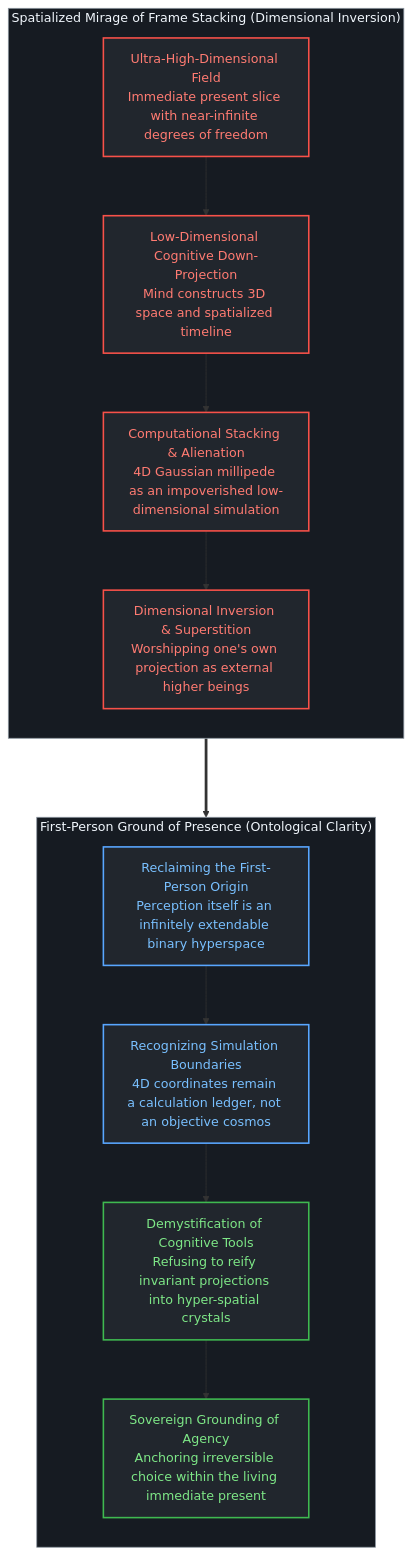
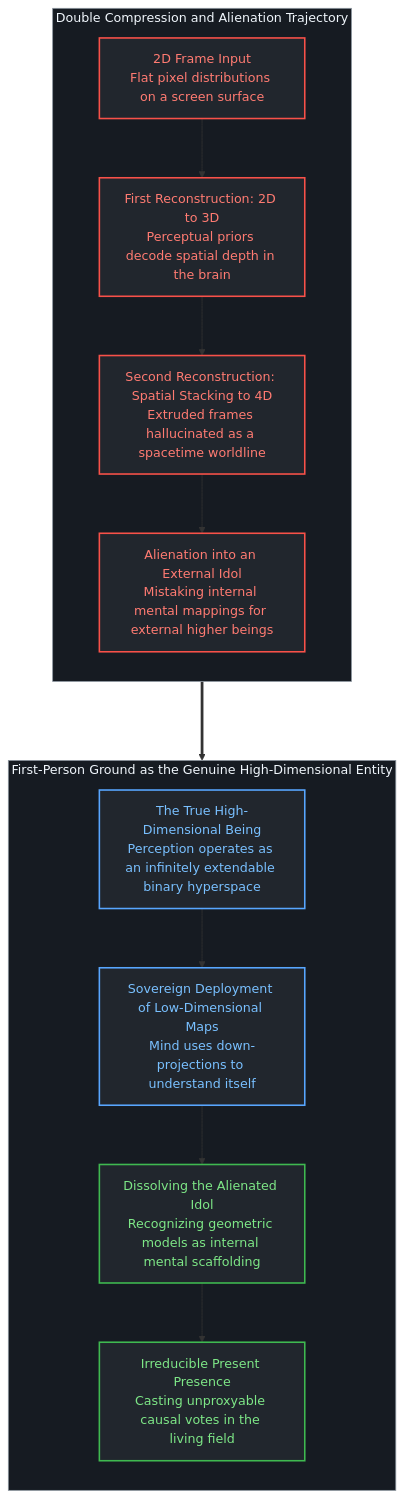
The second of 4 diagrams in content/posts/the-myth-of-the-four-dimensional-deer-and-the-present-model.md (powerpig99/not-a-toe), drawn with Mermaid before and after one commit. The commit also changed other lines of this file and 3 other files, not shown here.

Commit message:
fix(post-343): deconstruct double compression and mental mapping into thing outside oneself

````diff
--- a/content/posts/the-myth-of-the-four-dimensional-deer-and-the-present-model.md
+++ b/content/posts/the-myth-of-the-four-dimensional-deer-and-the-present-model.md
@@ -53,29 +53,29 @@
 ```mermaid
 graph TD
     classDef default fill:#0d1117,stroke:#30363d,stroke-width:1px,color:#c9d1d9;
     classDef canvas fill:#161b22,stroke:#8b949e,stroke-width:1px,color:#f0f6fc;
     classDef errNode fill:#21262d,stroke:#f85149,stroke-width:2px,color:#ff7b72;
     classDef actNode fill:#21262d,stroke:#58a6ff,stroke-width:2px,color:#79c0ff;
     classDef resNode fill:#21262d,stroke:#3fb950,stroke-width:2px,color:#7ee787;
 
-    subgraph ErrorTrack ["Spatialized Mirage of Frame Stacking (Dimensional Inversion)"]
+    subgraph ErrorTrack ["Double Compression and Alienation Trajectory"]
         direction TB
-        E1["Ultra-High-Dimensional Field<br/>Immediate present slice with near-infinite degrees of freedom"] --> E2["Low-Dimensional Cognitive Down-Projection<br/>Mind constructs 3D space and spatialized timeline"]
-        E2 --> E3["Computational Stacking & Alienation<br/>4D Gaussian millipede as an impoverished low-dimensional simulation"]
-        E3 --> E4["Dimensional Inversion & Superstition<br/>Worshipping one's own projection as external higher beings"]
+        E1["2D Frame Input<br/>Flat pixel distributions on a screen surface"] --> E2["First Reconstruction: 2D to 3D<br/>Perceptual priors decode spatial depth in the brain"]
+        E2 --> E3["Second Reconstruction: Spatial Stacking to 4D<br/>Extruded frames hallucinated as a spacetime worldline"]
+        E3 --> E4["Alienation into an External Idol<br/>Mistaking internal mental mappings for external higher beings"]
     end
 
     ErrorTrack ===> RealityTrack
 
-    subgraph RealityTrack ["First-Person Ground of Presence (Ontological Clarity)"]
+    subgraph RealityTrack ["First-Person Ground as the Genuine High-Dimensional Entity"]
         direction TB
-        R1["Reclaiming the First-Person Origin<br/>Perception itself is an infinitely extendable binary hyperspace"] --> R2["Recognizing Simulation Boundaries<br/>4D coordinates remain a calculation ledger, not an objective cosmos"]
-        R2 --> R3["Demystification of Cognitive Tools<br/>Refusing to reify invariant projections into hyper-spatial crystals"]
-        R3 --> R4["Sovereign Grounding of Agency<br/>Anchoring irreversible choice within the living immediate present"]
+        R1["The True High-Dimensional Being<br/>Perception operates as an infinitely extendable binary hyperspace"] --> R2["Sovereign Deployment of Low-Dimensional Maps<br/>Mind uses down-projections to understand itself"]
+        R2 --> R3["Dissolving the Alienated Idol<br/>Recognizing geometric models as internal mental scaffolding"]
+        R3 --> R4["Irreducible Present Presence<br/>Casting unproxyable causal votes in the living field"]
     end
 
     class ErrorTrack,RealityTrack canvas;
     class E1,E2,E3,E4 errNode;
     class R1,R2 actNode;
     class R3,R4 resNode;
 ```
````
